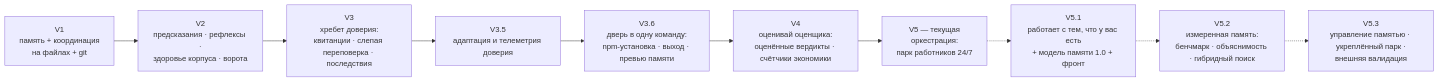
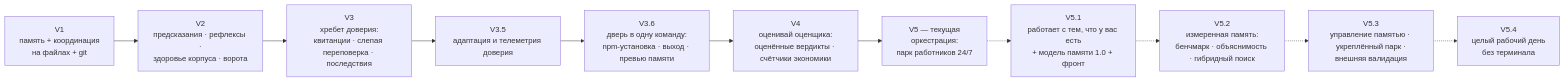
The diagram in ROADMAP.ru.md (sma-framework/sma), drawn with Mermaid before and after one commit. The commit also changed other lines of this file and 6 other files, not shown here.

````diff
--- a/ROADMAP.ru.md
+++ b/ROADMAP.ru.md
@@ -9,12 +9,13 @@
 ```mermaid
 flowchart LR
     V1["V1<br>память + координация<br>на файлах + git"] --> V2["V2<br>предсказания · рефлексы ·<br>здоровье корпуса · ворота"]
     V2 --> V3["V3<br>хребет доверия:<br>квитанции · слепая переповерка · последствия"]
     V3 --> V35["V3.5<br>адаптация и телеметрия доверия"]
     V35 --> V36["V3.6<br>дверь в одну команду:<br>npm-установка · выход · превью памяти"]
     V36 --> V4["V4<br>оценивай оценщика:<br>оценённые вердикты · счётчики экономики"]
     V4 --> V5["V5 — текущая<br>оркестрация:<br>парк работников 24/7"]
     V5 -.-> V51["V5.1<br>работает с тем, что у вас есть<br>+ модель памяти 1.0 + фронт"]
     V51 -.-> V52["V5.2<br>измеренная память:<br>бенчмарк · объяснимость · гибридный поиск"]
     V52 -.-> V53["V5.3<br>управление памятью · укреплённый парк ·<br>внешняя валидация"]
+    V53 -.-> V54["V5.4<br>целый рабочий день<br>без терминала"]
 ```
````
